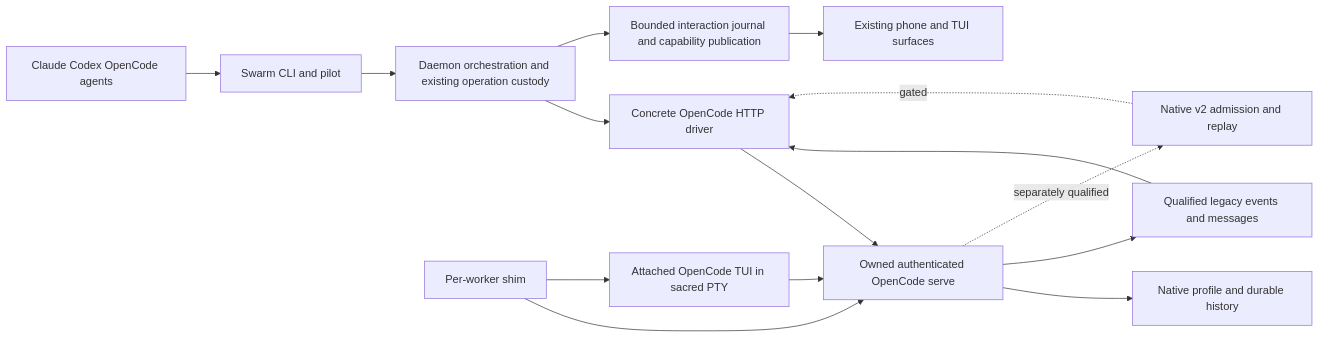
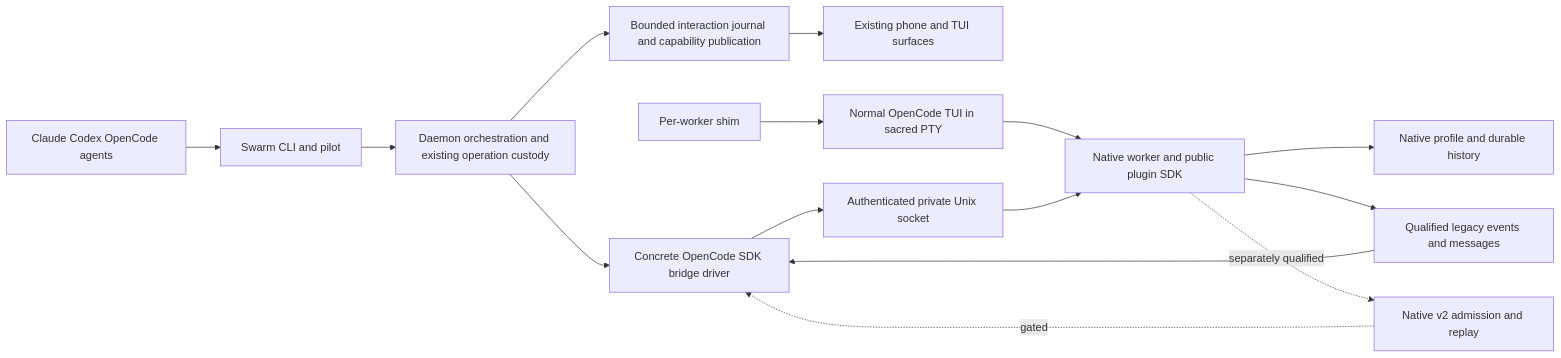
The first of 3 diagrams in docs/specifications/opencode-maturity-plan.md (Nathandela/swarm), drawn with Mermaid before and after one commit. The commit also changed other lines of this file and 3 other files, not shown here.

````diff
--- a/docs/specifications/opencode-maturity-plan.md
+++ b/docs/specifications/opencode-maturity-plan.md
@@ -62,17 +62,17 @@
 ```mermaid
 flowchart LR
   A[Claude Codex OpenCode agents] --> C[Swarm CLI and pilot]
   C --> D[Daemon orchestration and existing operation custody]
-  D --> H[Concrete OpenCode HTTP driver]
+  D --> H[Concrete OpenCode SDK bridge driver]
   D --> J[Bounded interaction journal and capability publication]
   J --> P[Existing phone and TUI surfaces]
-  S[Per-worker shim] --> B[Owned authenticated OpenCode serve]
-  S --> T[Attached OpenCode TUI in sacred PTY]
-  T --> B
-  H --> B
+  S[Per-worker shim] --> T[Normal OpenCode TUI in sacred PTY]
+  T --> B[Native worker and public plugin SDK]
+  H --> U[Authenticated private Unix socket]
+  U --> B
   B --> N[Native profile and durable history]
   B --> L[Qualified legacy events and messages]
   L --> H
   B -. separately qualified .-> V[Native v2 admission and replay]
   V -. gated .-> H
 ```
````
